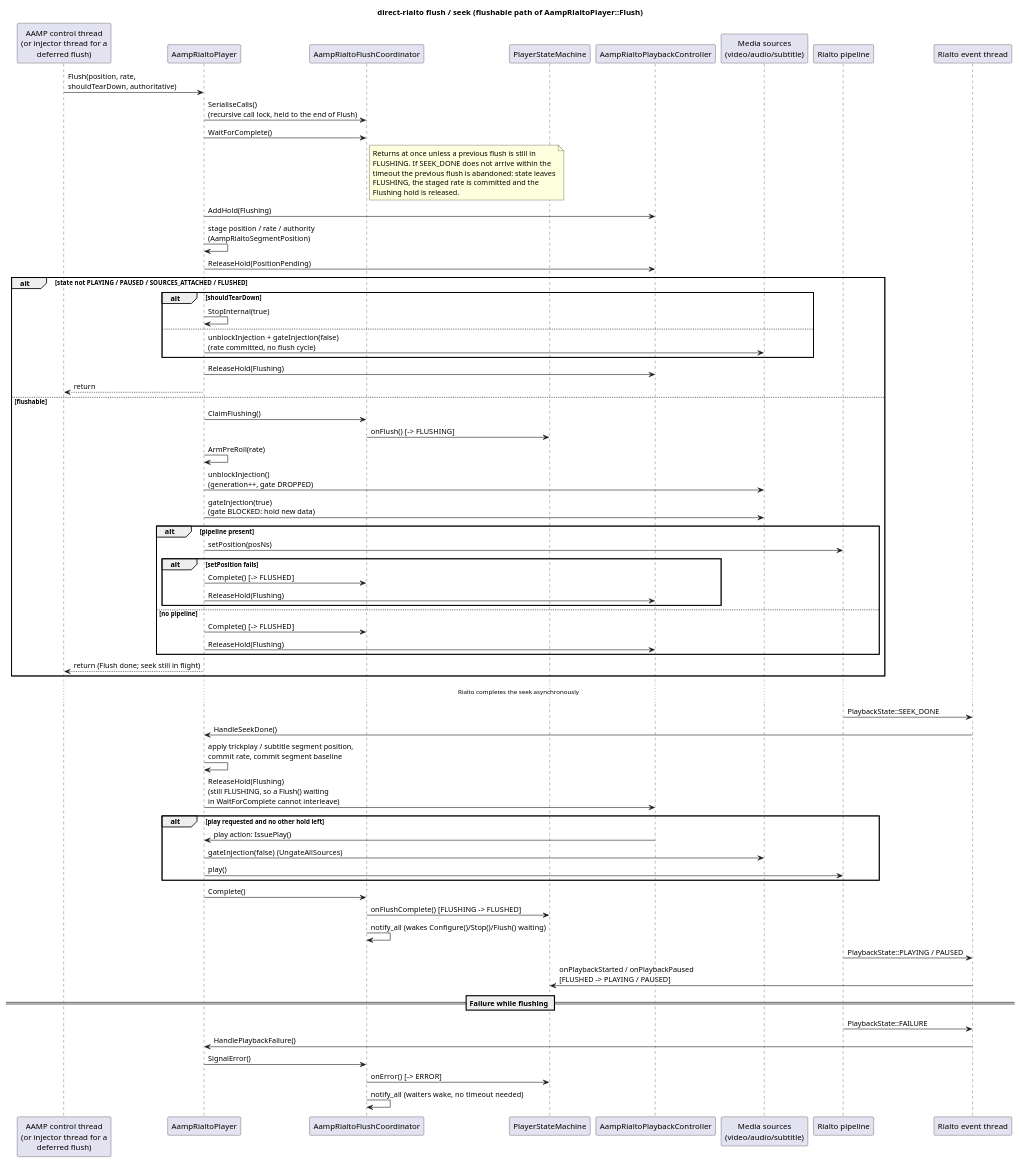
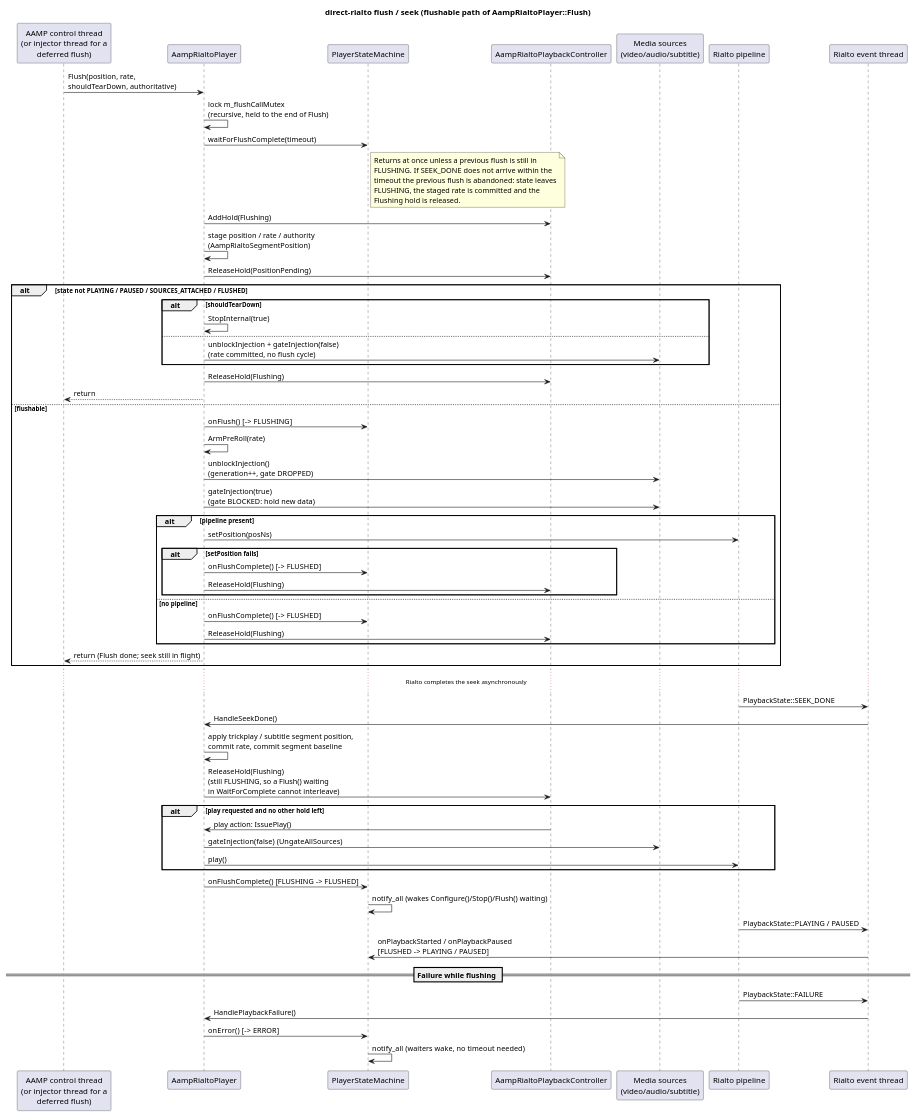
Before and after one commit to rdkcentral/aamp: the diagram in docs/diagrams/direct-rialto-flush-seek-sequence.puml, drawn with PlantUML. The commit also changed 17 other files, not shown here.

First line of the commit message:
Fold the flush wait into PlayerStateMachine

```diff
--- a/docs/diagrams/direct-rialto-flush-seek-sequence.puml
+++ b/docs/diagrams/direct-rialto-flush-seek-sequence.puml
@@ -18,78 +18,74 @@
 @startuml direct-rialto-flush-seek-sequence
 title direct-rialto flush / seek (flushable path of AampRialtoPlayer::Flush)
 
 participant "AAMP control thread\n(or injector thread for a\ndeferred flush)" as CT
 participant AampRialtoPlayer as P
-participant AampRialtoFlushCoordinator as FC
 participant PlayerStateMachine as SM
 participant AampRialtoPlaybackController as PC
 participant "Media sources\n(video/audio/subtitle)" as SRC
 participant "Rialto pipeline" as RP
 participant "Rialto event thread" as ET
 
 CT -> P : Flush(position, rate,\nshouldTearDown, authoritative)
-P -> FC : SerialiseCalls()\n(recursive call lock, held to the end of Flush)
-P -> FC : WaitForComplete()
-note right of FC
+P -> P : lock m_flushCallMutex\n(recursive, held to the end of Flush)
+P -> SM : waitForFlushComplete(timeout)
+note right of SM
   Returns at once unless a previous flush is still in
   FLUSHING.  If SEEK_DONE does not arrive within the
   timeout the previous flush is abandoned: state leaves
   FLUSHING, the staged rate is committed and the
   Flushing hold is released.
 end note
 P -> PC : AddHold(Flushing)
 P -> P : stage position / rate / authority\n(AampRialtoSegmentPosition)
 P -> PC : ReleaseHold(PositionPending)
 
 alt state not PLAYING / PAUSED / SOURCES_ATTACHED / FLUSHED
   alt shouldTearDown
     P -> P : StopInternal(true)
   else
     P -> SRC : unblockInjection + gateInjection(false)\n(rate committed, no flush cycle)
   end
   P -> PC : ReleaseHold(Flushing)
   P --> CT : return
 else flushable
-  P -> FC : ClaimFlushing()
-  FC -> SM : onFlush()  [-> FLUSHING]
+  P -> SM : onFlush()  [-> FLUSHING]
   P -> P : ArmPreRoll(rate)
   P -> SRC : unblockInjection()\n(generation++, gate DROPPED)
   P -> SRC : gateInjection(true)\n(gate BLOCKED: hold new data)
   alt pipeline present
     P -> RP : setPosition(posNs)
     alt setPosition fails
-      P -> FC : Complete()  [-> FLUSHED]
+      P -> SM : onFlushComplete()  [-> FLUSHED]
       P -> PC : ReleaseHold(Flushing)
     end
   else no pipeline
-    P -> FC : Complete()  [-> FLUSHED]
+    P -> SM : onFlushComplete()  [-> FLUSHED]
     P -> PC : ReleaseHold(Flushing)
   end
   P --> CT : return (Flush done; seek still in flight)
 end
 
 ... Rialto completes the seek asynchronously ...
 
 RP -> ET : PlaybackState::SEEK_DONE
 ET -> P : HandleSeekDone()
 P -> P : apply trickplay / subtitle segment position,\ncommit rate, commit segment baseline
 P -> PC : ReleaseHold(Flushing)\n(still FLUSHING, so a Flush() waiting\nin WaitForComplete cannot interleave)
 alt play requested and no other hold left
   PC -> P : play action: IssuePlay()
   P -> SRC : gateInjection(false)  (UngateAllSources)
   P -> RP : play()
 end
-P -> FC : Complete()
-FC -> SM : onFlushComplete()  [FLUSHING -> FLUSHED]
-FC -> FC : notify_all  (wakes Configure()/Stop()/Flush() waiting)
+P -> SM : onFlushComplete()  [FLUSHING -> FLUSHED]
+SM -> SM : notify_all  (wakes Configure()/Stop()/Flush() waiting)
 
 RP -> ET : PlaybackState::PLAYING / PAUSED
 ET -> SM : onPlaybackStarted / onPlaybackPaused\n[FLUSHED -> PLAYING / PAUSED]
 
 == Failure while flushing ==
 RP -> ET : PlaybackState::FAILURE
 ET -> P : HandlePlaybackFailure()
-P -> FC : SignalError()
-FC -> SM : onError()  [-> ERROR]
-FC -> FC : notify_all  (waiters wake, no timeout needed)
+P -> SM : onError()  [-> ERROR]
+SM -> SM : notify_all  (waiters wake, no timeout needed)
 @enduml
```
